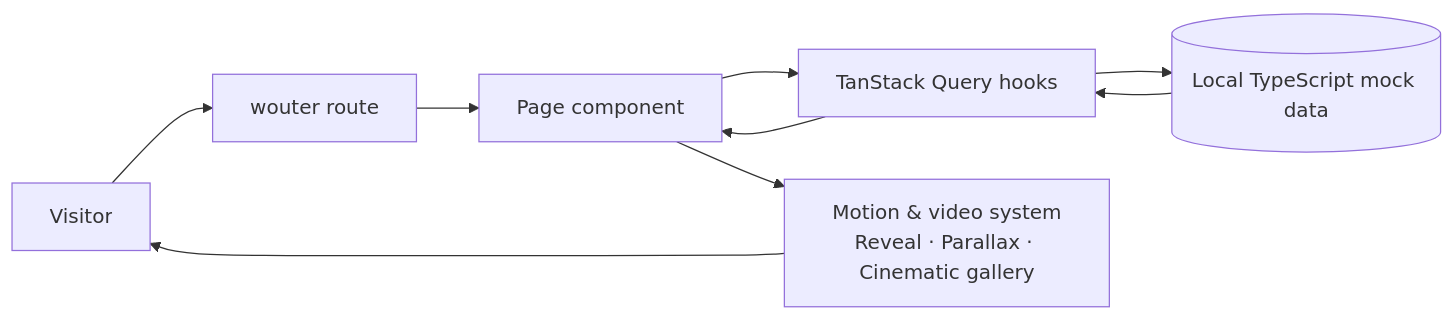
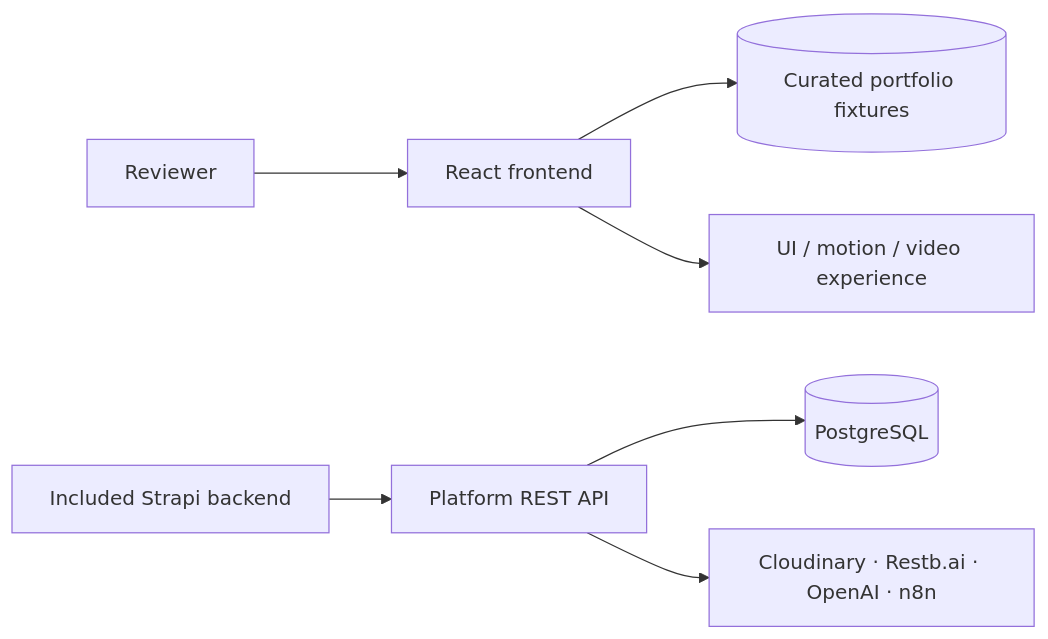
The second of 5 diagrams in docs/architecture.md (ProdigyProjectStudios/aurixa-luxury-real-estate-intelligence), drawn with Mermaid before and after one commit. The commit also changed other lines of this file and 2 other files, not shown here.

````diff
--- a/docs/architecture.md
+++ b/docs/architecture.md
@@ -32,10 +35,10 @@
 ```mermaid
 flowchart LR
-  U[Visitor] --> R[wouter route]
-  R --> P[Page component]
-  P --> Q[TanStack Query hooks]
-  Q --> M[(Local TypeScript mock data)]
-  M --> Q --> P
-  P --> V[Motion & video system\nReveal · Parallax · Cinematic gallery]
-  V --> U
+  U[Reviewer] --> R[React frontend]
+  R --> F[(Curated portfolio fixtures)]
+  R --> V[UI / motion / video experience]
+
+  B[Included Strapi backend] --> API[Platform REST API]
+  API --> DB[(PostgreSQL)]
+  API --> EXT[Cloudinary · Restb.ai · OpenAI · n8n]
 ```
````
